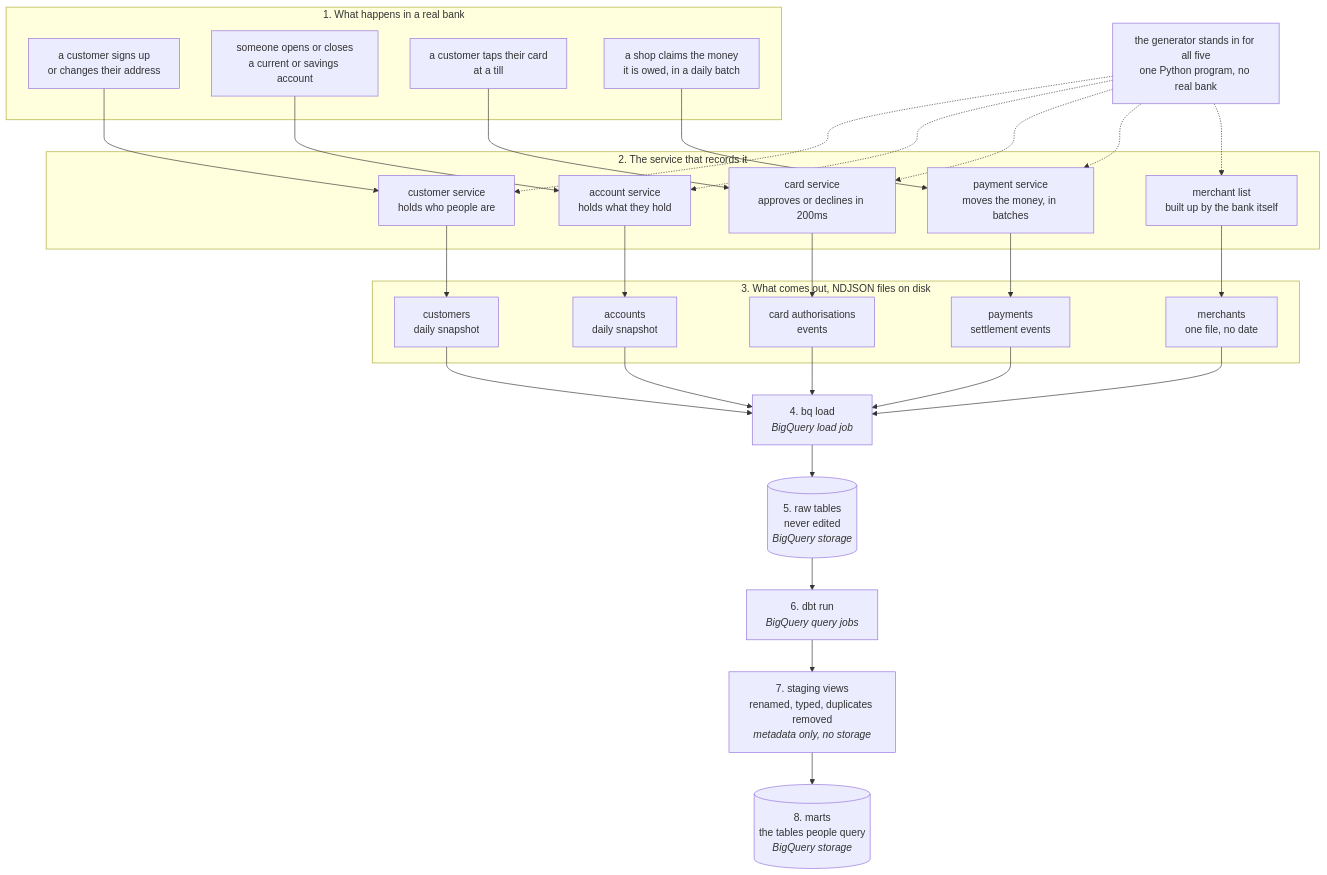
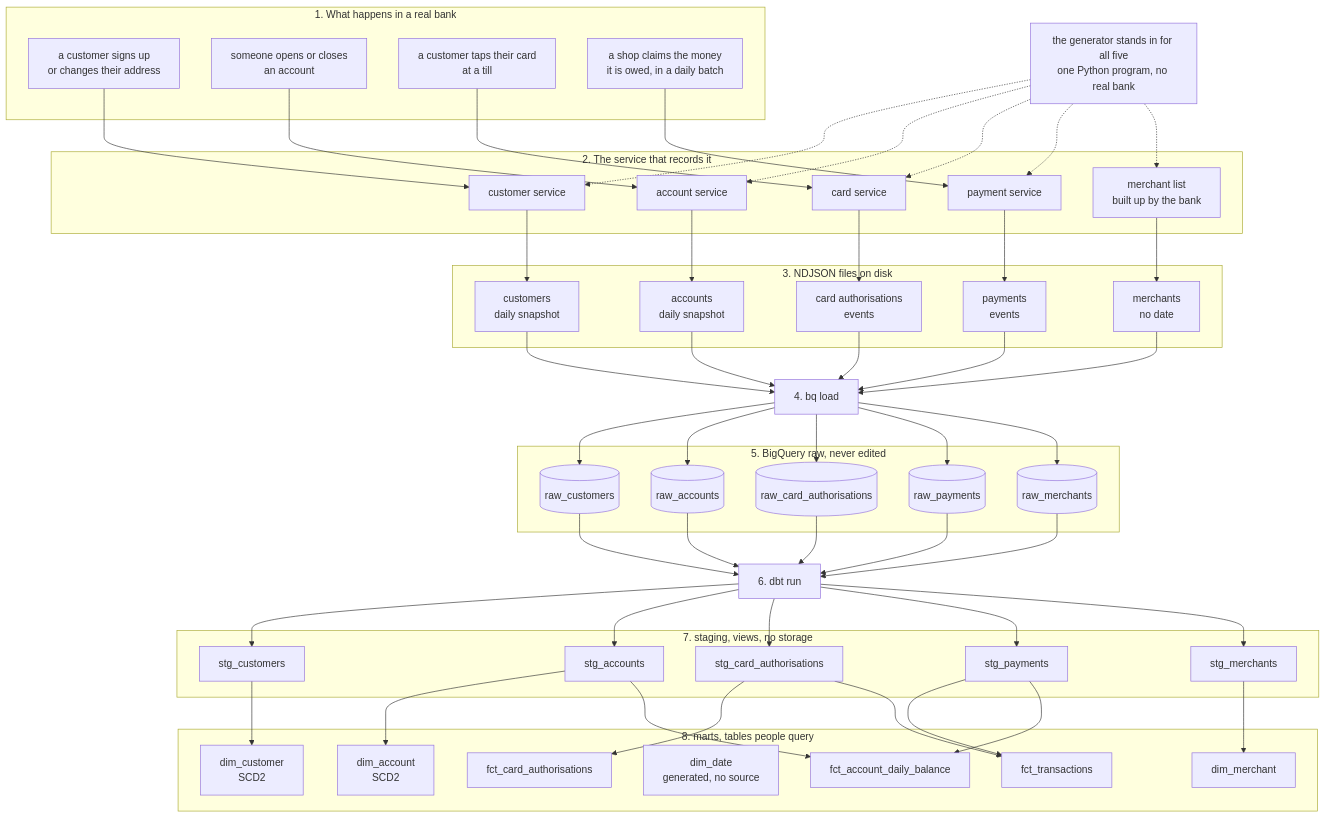
The first of 2 diagrams in docs/architecture.md (faithcodes-lab/neobank-warehouse), drawn with Mermaid before and after one commit. The commit also changed other lines of this file, not shown here.

Commit message:
merge the two pipeline diagrams into one

````diff
--- a/docs/architecture.md
+++ b/docs/architecture.md
@@ -18,51 +18,83 @@
 flowchart TD
     subgraph world["1. What happens in a real bank"]
         w1["a customer signs up<br/>or changes their address"]
-        w2["someone opens or closes<br/>a current or savings account"]
+        w2["someone opens or closes<br/>an account"]
         w3["a customer taps their card<br/>at a till"]
         w4["a shop claims the money<br/>it is owed, in a daily batch"]
     end
 
     subgraph svc["2. The service that records it"]
-        s1["customer service<br/>holds who people are"]
-        s2["account service<br/>holds what they hold"]
-        s3["card service<br/>approves or declines in 200ms"]
-        s4["payment service<br/>moves the money, in batches"]
-        s5["merchant list<br/>built up by the bank itself"]
+        c1["customer service"]
+        c2["account service"]
+        c3["card service"]
+        c4["payment service"]
+        c5["merchant list<br/>built up by the bank"]
     end
 
     gen["the generator stands in for all five<br/>one Python program, no real bank"]
 
-    subgraph out["3. What comes out, NDJSON files on disk"]
+    subgraph files["3. NDJSON files on disk"]
         f1["customers<br/>daily snapshot"]
         f2["accounts<br/>daily snapshot"]
         f3["card authorisations<br/>events"]
-        f4["payments<br/>settlement events"]
-        f5["merchants<br/>one file, no date"]
+        f4["payments<br/>events"]
+        f5["merchants<br/>no date"]
     end
 
-    load["4. bq load<br/><i>BigQuery load job</i>"]
-    rawt[("5. raw tables<br/>never edited<br/><i>BigQuery storage</i>")]
-    dbtrun["6. dbt run<br/><i>BigQuery query jobs</i>"]
-    stg["7. staging views<br/>renamed, typed, duplicates removed<br/><i>metadata only, no storage</i>"]
-    final[("8. marts<br/>the tables people query<br/><i>BigQuery storage</i>")]
+    load["4. bq load"]
 
-    w1 --> s1
-    w2 --> s2
-    w3 --> s3
-    w4 --> s4
+    subgraph raw["5. BigQuery raw, never edited"]
+        r1[("raw_customers")]
+        r2[("raw_accounts")]
+        r3[("raw_card_authorisations")]
+        r4[("raw_payments")]
+        r5[("raw_merchants")]
+    end
 
-    s1 --> f1
-    s2 --> f2
-    s3 --> f3
-    s4 --> f4
-    s5 --> f5
+    dbtrun["6. dbt run"]
 
-    gen -.-> s1 & s2 & s3 & s4 & s5
+    subgraph staging["7. staging, views, no storage"]
+        g1["stg_customers"]
+        g2["stg_accounts"]
+        g3["stg_card_authorisations"]
+        g4["stg_payments"]
+        g5["stg_merchants"]
+    end
+
+    subgraph marts["8. marts, tables people query"]
+        d1["dim_customer<br/>SCD2"]
+        d2["dim_account<br/>SCD2"]
+        d3["dim_merchant"]
+        d4["dim_date<br/>generated, no source"]
+        t1["fct_card_authorisations"]
+        t2["fct_transactions"]
+        t3["fct_account_daily_balance"]
+    end
+
+    w1 --> c1
+    w2 --> c2
+    w3 --> c3
+    w4 --> c4
+    gen -.-> c1 & c2 & c3 & c4 & c5
+
+    c1 --> f1
+    c2 --> f2
+    c3 --> f3
+    c4 --> f4
+    c5 --> f5
 
     f1 & f2 & f3 & f4 & f5 --> load
-    load --> rawt
-    rawt --> dbtrun
-    dbtrun --> stg
-    stg --> final
+    load --> r1 & r2 & r3 & r4 & r5
+    r1 & r2 & r3 & r4 & r5 --> dbtrun
+
+    dbtrun --> g1 & g2 & g3 & g4 & g5
+
+    g1 --> d1
+    g2 --> d2
+    g5 --> d3
+    g3 --> t1
+    g3 --> t2
+    g4 --> t2
+    g2 --> t3
+    g4 --> t3
 ```
````
